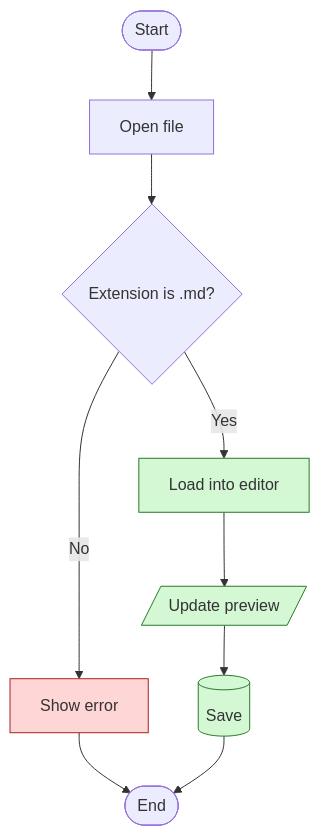
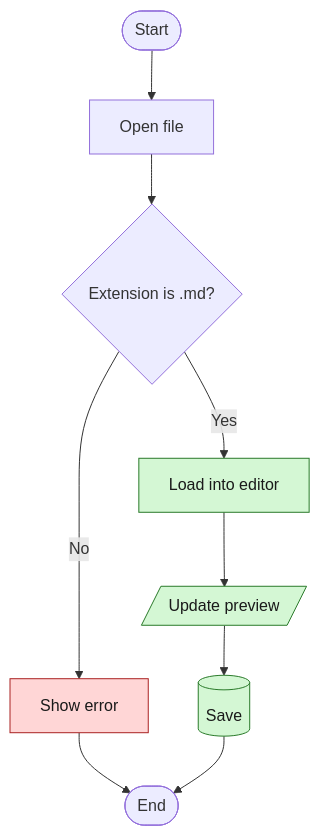
Before and after one commit to 5garashi/mdEditor: the first of 18 diagrams in samples/diagram-test.en.md, drawn with Mermaid. The commit also changed other lines of this file and 16 other files, not shown here.

````diff
--- a/samples/diagram-test.en.md
+++ b/samples/diagram-test.en.md
@@ -12,16 +20,16 @@
 ```mermaid
 flowchart TD
     A([Start]) --> B[Open file]
     B --> C{Extension is .md?}
     C -- Yes --> D[Load into editor]
     C -- No --> E[Show error]
     D --> F[/Update preview/]
     F --> G[(Save)]
     E --> H([End])
     G --> H
 
-    classDef ok fill:#d4f7d4,stroke:#2a7a2a;
-    classDef ng fill:#ffd6d6,stroke:#a22;
+    classDef ok fill:#d4f7d4,stroke:#2a7a2a,color:#1a1a1a;
+    classDef ng fill:#ffd6d6,stroke:#a22,color:#1a1a1a;
     class D,F,G ok;
     class E ng;
 ```
````
